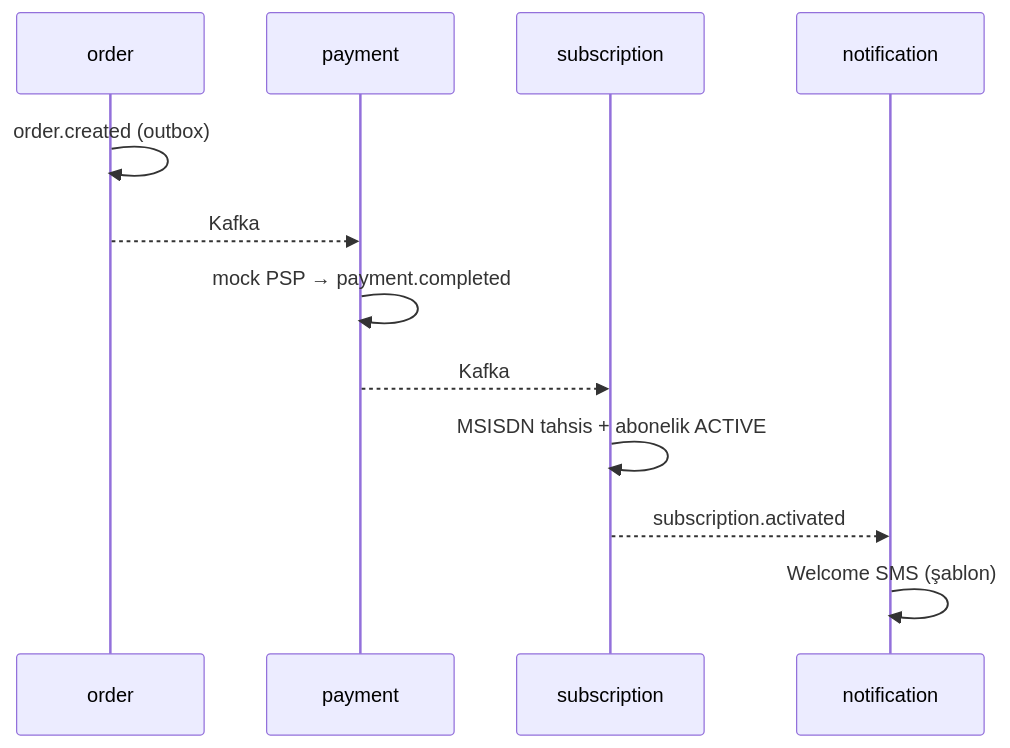
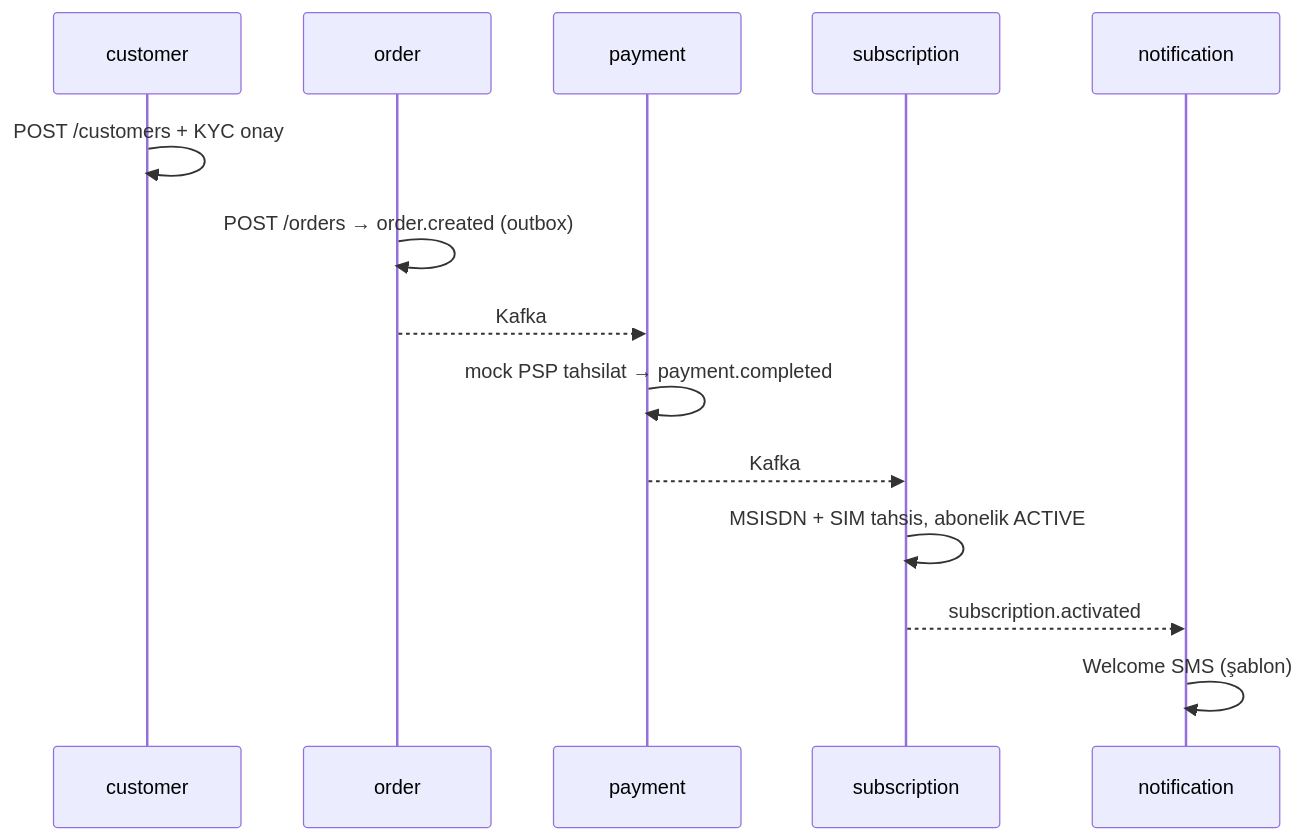
One commit to ayminacakir/turkcell-telco-crm-microservices changed the second of 3 diagrams in docs/SUNUM.md. Above: the diagram before and after it, drawn with Mermaid. The commit also changed other lines of this file and 2 other files, not shown here.

````diff
--- a/docs/SUNUM.md
+++ b/docs/SUNUM.md
@@ -124,14 +266,16 @@
 ```mermaid
 sequenceDiagram
+    participant C as customer
     participant O as order
     participant P as payment
     participant S as subscription
     participant N as notification
-    O->>O: order.created (outbox)
+    C->>C: POST /customers + KYC onay
+    O->>O: POST /orders → order.created (outbox)
     O-->>P: Kafka
-    P->>P: mock PSP → payment.completed
+    P->>P: mock PSP tahsilat → payment.completed
     P-->>S: Kafka
-    S->>S: MSISDN tahsis + abonelik ACTIVE
+    S->>S: MSISDN + SIM tahsis, abonelik ACTIVE
     S-->>N: subscription.activated
     N->>N: Welcome SMS (şablon)
 ```
````
